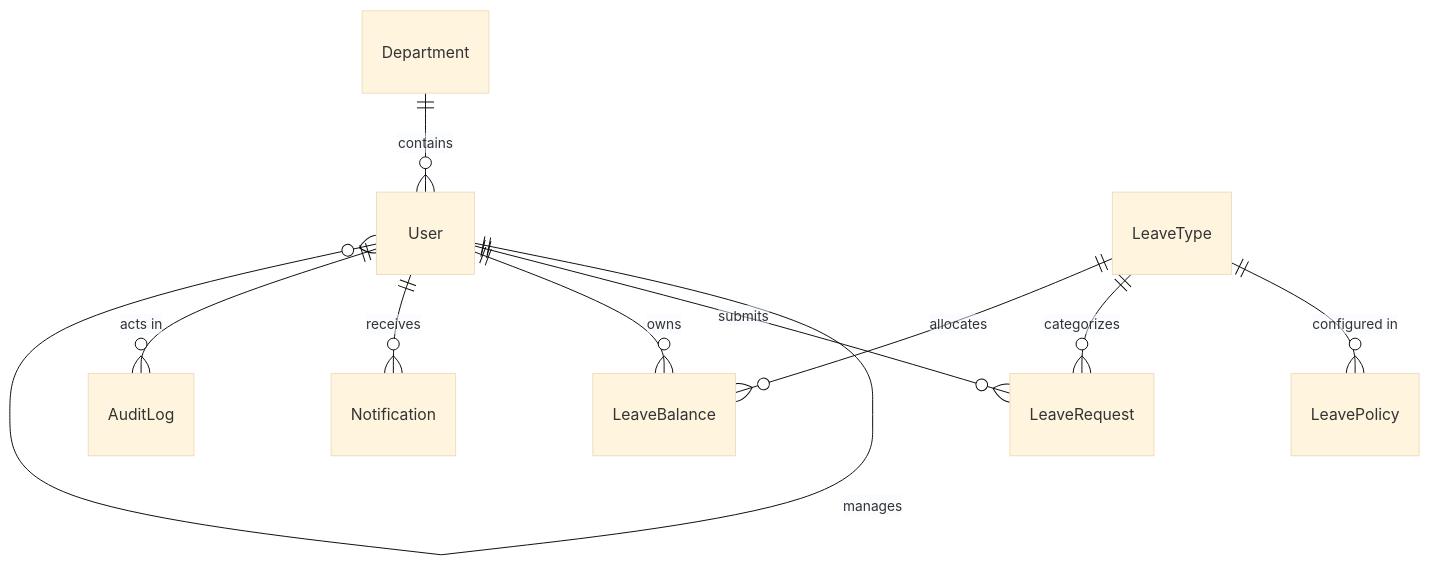
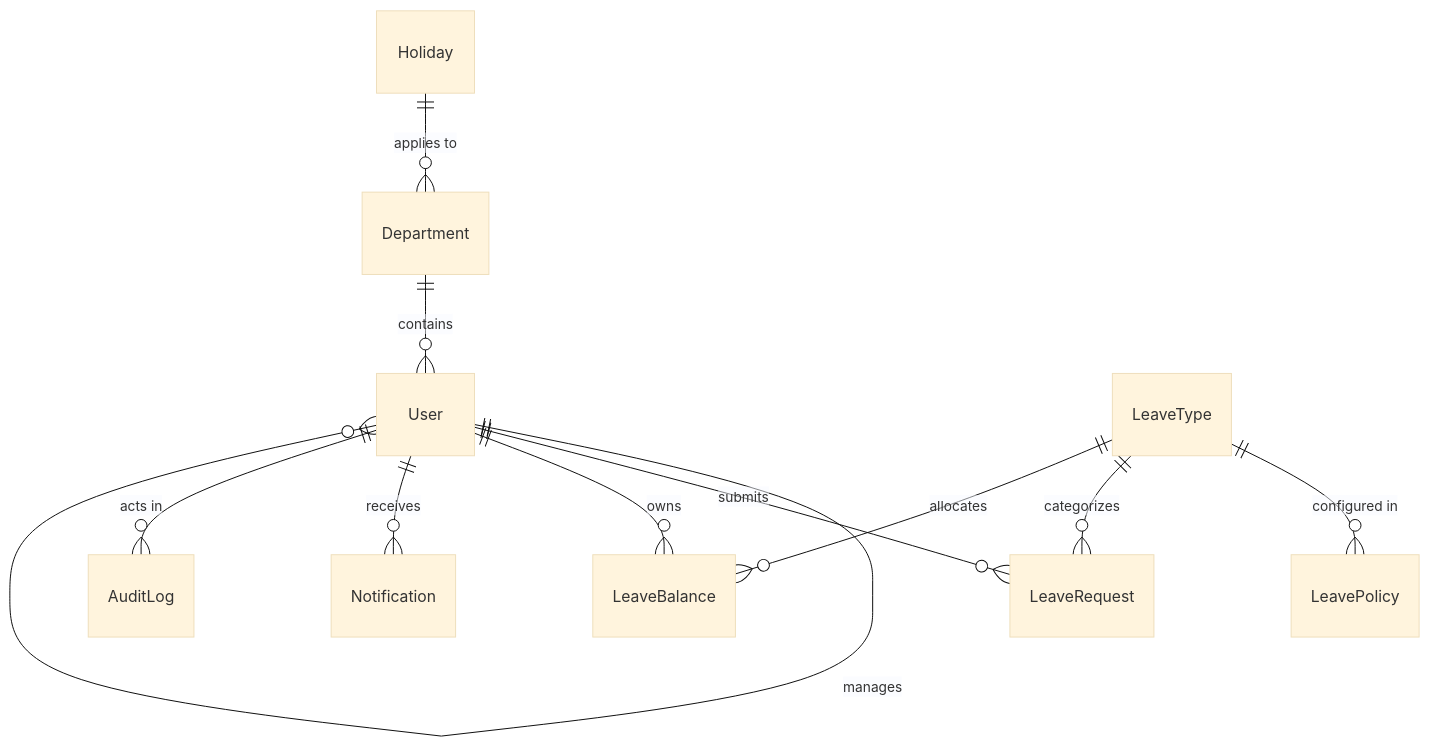
Before and after one commit to kishankalandoor/corporate-employee-leave-management-system: the diagram in docs/DATABASE.md, drawn with Mermaid (base theme). The commit also changed other lines of this file and 44 other files, not shown here.

````diff
--- a/docs/DATABASE.md
+++ b/docs/DATABASE.md
@@ -10,12 +10,13 @@
 ```mermaid
 erDiagram
     Department ||--o{ User : "contains"
     User ||--o{ User : "manages"
     User ||--o{ LeaveRequest : "submits"
     User ||--o{ LeaveBalance : "owns"
     User ||--o{ Notification : "receives"
     User ||--o{ AuditLog : "acts in"
     LeaveType ||--o{ LeavePolicy : "configured in"
     LeaveType ||--o{ LeaveRequest : "categorizes"
     LeaveType ||--o{ LeaveBalance : "allocates"
+    Holiday ||--o{ Department : "applies to"
 ```
````
